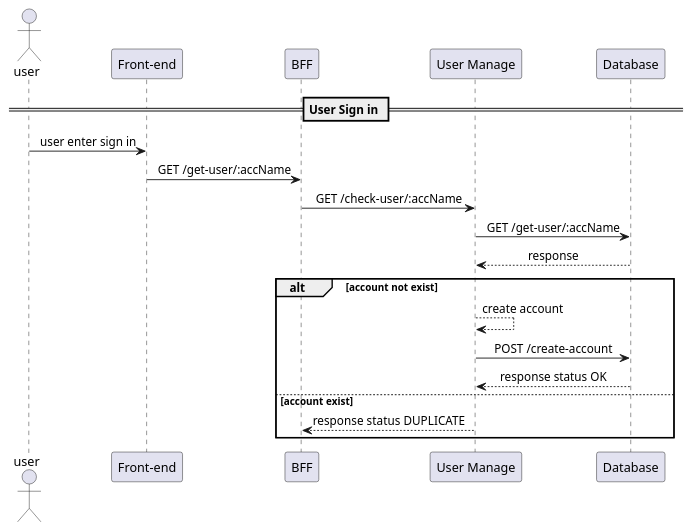
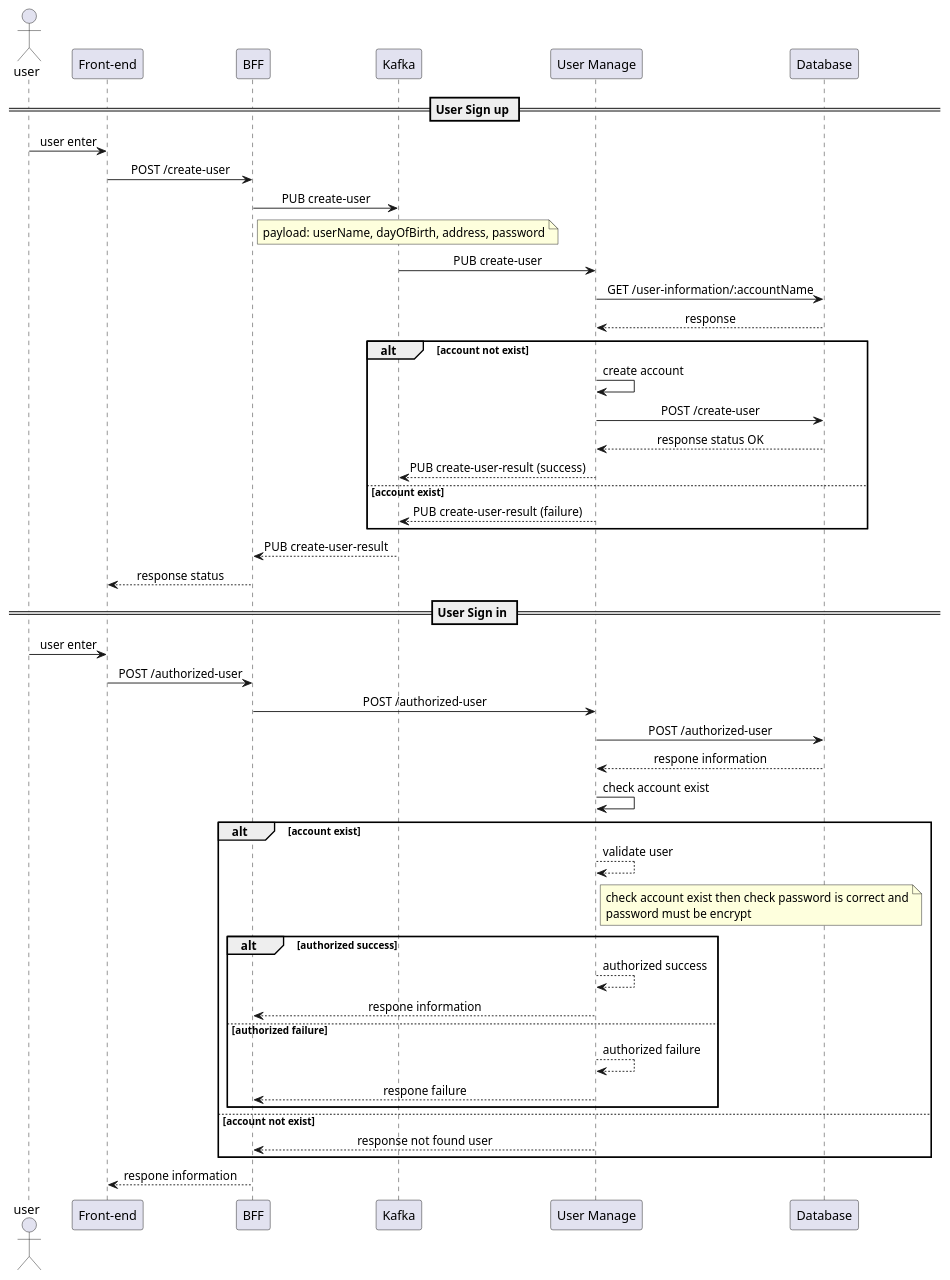
Before and after one commit to room-chat/docs: the diagram in umls-docs/user.plantuml, drawn with PlantUML. The commit also changed 7 other files, not shown here.

```diff
--- a/umls-docs/user.plantuml
+++ b/umls-docs/user.plantuml
@@ -1,32 +1,61 @@
 @startuml User-Authentication
 
 skinparam SequenceMessageAlignment center
 
 actor user
 participant "Front-end" as frontEnd
 participant BFF as bff
+participant Kafka as kafka
 participant "User Manage" as userManage
 participant Database as database
 
-== User Sign in ==
-user -> frontEnd : user enter sign in
-frontEnd -> bff :  GET /get-user/:accName
-bff -> userManage: GET /check-user/:accName
-userManage -> database: GET /get-user/:accName
+== User Sign up ==
+user -> frontEnd : user enter
+frontEnd -> bff :  POST /create-user
+bff -> kafka: PUB create-user
+note right of bff
+    payload: userName, dayOfBirth, address, password
+end note
+kafka -> userManage: PUB create-user
+userManage -> database: GET /user-information/:accountName
 database ---> userManage: response 
 alt account not exist
-    userManage ---> userManage: create account
-    userManage -> database: POST /create-account
+    userManage -> userManage: create account
+    userManage -> database: POST /create-user
     "database" ---> userManage: response status OK
+    userManage ---> kafka: PUB create-user-result (success)
 else account exist
-    userManage ---> bff: response status DUPLICATE
+    userManage ---> kafka: PUB create-user-result (failure)
 end
-' bff ---> frontEnd: response status
-' note right of frontEnd
-'  status response to FE 
-'  and show message 
-'  account has exist
-' end note 
+kafka ---> bff: PUB create-user-result
+bff --> frontEnd: response status
+
+== User Sign in ==
+user -> frontEnd : user enter
+frontEnd -> bff :  POST /authorized-user
+bff -> userManage: POST /authorized-user
+userManage -> database: POST /authorized-user
+database --> userManage : respone information
+userManage -> userManage: check account exist
+alt account exist
+userManage ---> userManage: validate user
+note right of userManage 
+    check account exist then check password is correct and
+    password must be encrypt
+end note
+
+alt authorized success
+    userManage ---> userManage: authorized success
+    userManage ---> bff: respone information
+else authorized failure
+    userManage ---> userManage: authorized failure
+    userManage ---> bff: respone failure
+end
+else account not exist
+userManage ---> bff: response not found user
+end
+
+bff --> frontEnd :  respone information
 
 
 @enduml
```
